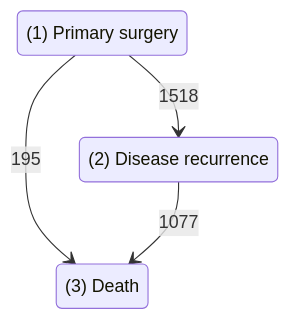
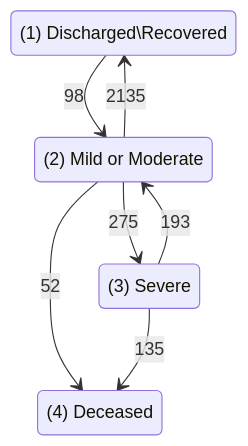
One commit to hrossman/pymsm changed the diagram in README.md. Above: the diagram before and after it, drawn with Mermaid.

````diff
--- a/README.md
+++ b/README.md
@@ -63,9 +63,13 @@
 ```mermaid
     stateDiagram-v2
-    s1 : (1) Primary surgery
-    s2 : (2) Disease recurrence
-    s3 : (3) Death
-    s1 --> s2: 1518 
-    s1 --> s3: 195 
-    s2 --> s3: 1077 
+    s1 : (1) Discharged\Recovered
+    s2 : (2) Mild or Moderate
+    s3 : (3) Severe
+    s4 : (4) Deceased
+    s1 --> s2: 98 
+    s2 --> s1: 2135 
+    s2 --> s3: 275 
+    s2 --> s4: 52 
+    s3 --> s2: 193 
+    s3 --> s4: 135 
 ```  
````
